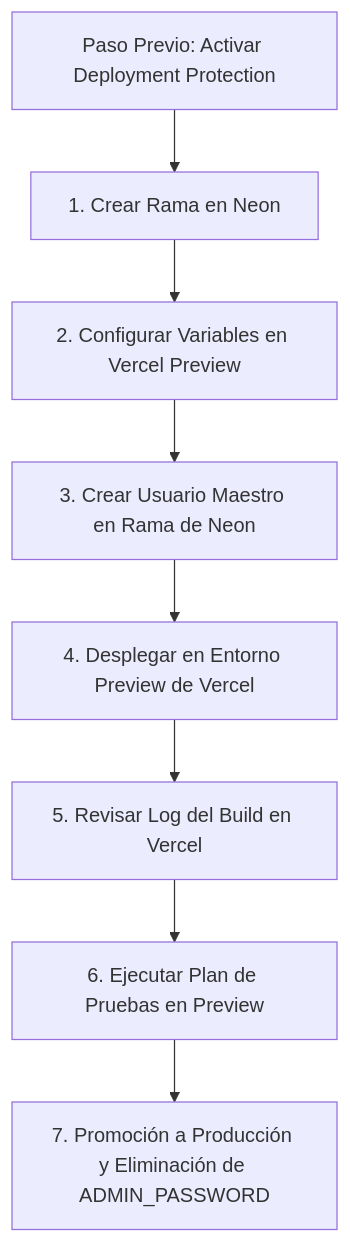
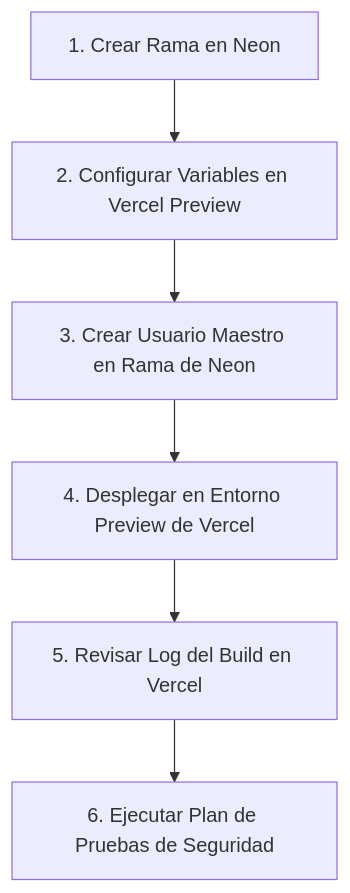
Before and after one commit to brayan122-bit/Ejm: the diagram in INFORME_SEGURIDAD.md, drawn with Mermaid. The commit also changed other lines of this file and 1 other file, not shown here.

````diff
--- a/INFORME_SEGURIDAD.md
+++ b/INFORME_SEGURIDAD.md
@@ -806,10 +806,8 @@
 ```mermaid
 flowchart TD
-    P0[Paso Previo: Activar Deployment Protection] --> A[1. Crear Rama en Neon]
-    A --> B[2. Configurar Variables en Vercel Preview]
+    A[1. Crear Rama en Neon] --> B[2. Configurar Variables en Vercel Preview]
     B --> C[3. Crear Usuario Maestro en Rama de Neon]
     C --> D[4. Desplegar en Entorno Preview de Vercel]
     D --> E[5. Revisar Log del Build en Vercel]
-    E --> F[6. Ejecutar Plan de Pruebas en Preview]
-    F --> G[7. Promoción a Producción y Eliminación de ADMIN_PASSWORD]
+    E --> F[6. Ejecutar Plan de Pruebas de Seguridad]
 ```
````
